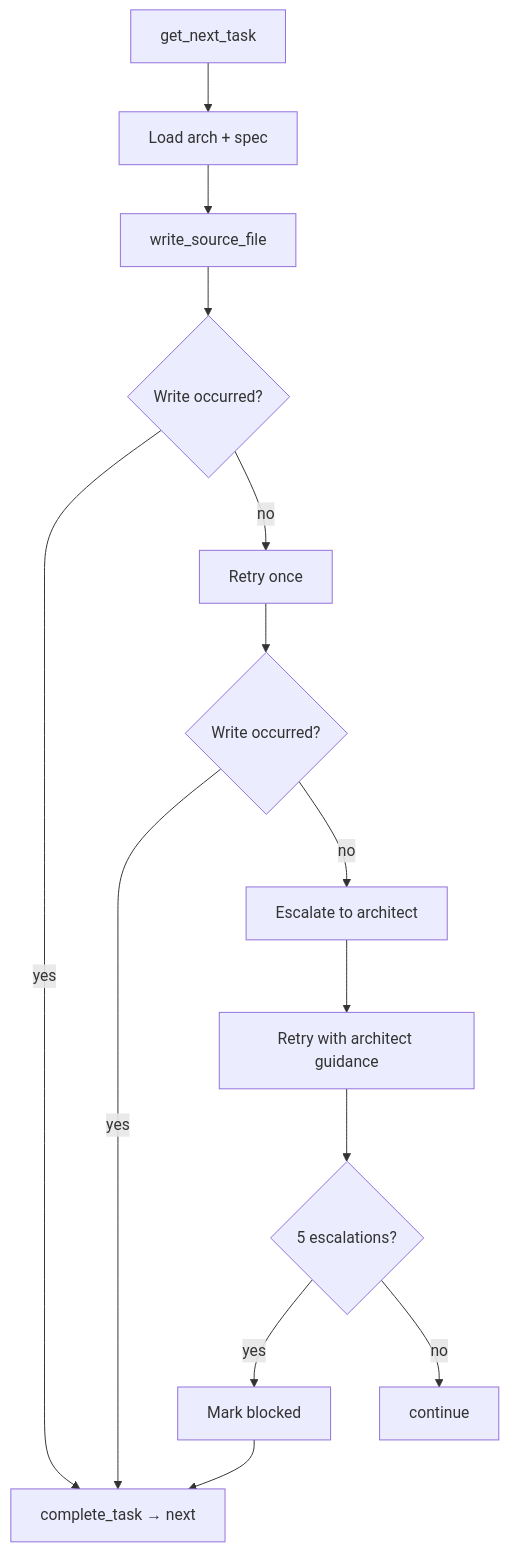
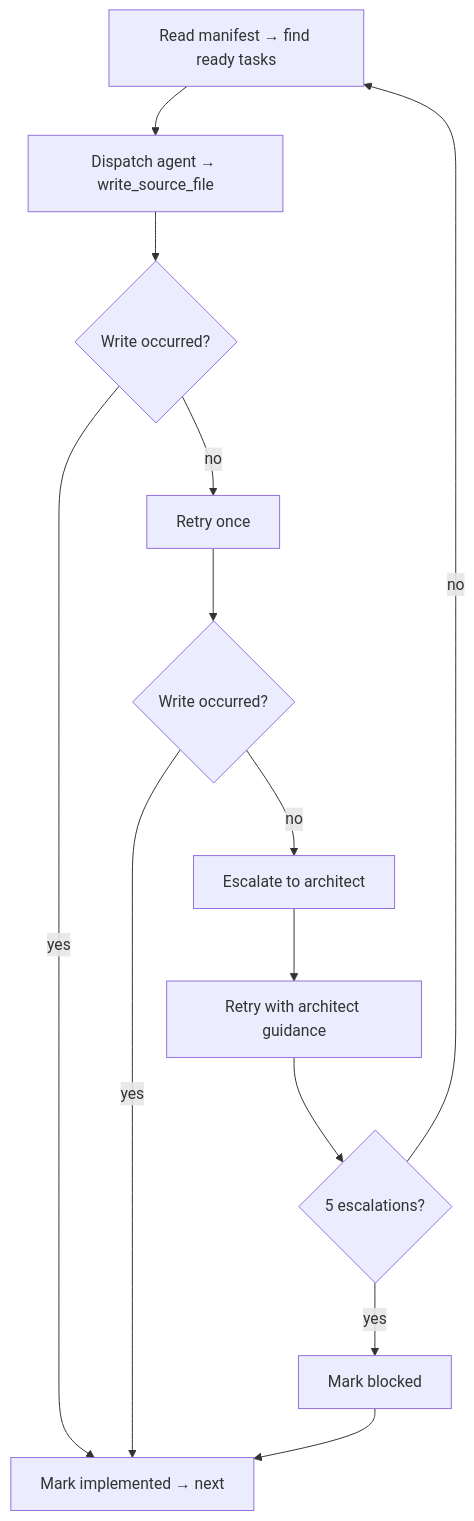
The second of 2 diagrams in README.md (TylerJPresley/voidrift), drawn with Mermaid before and after one commit. The commit also changed other lines of this file and 1 other file, not shown here.

Commit message:
fix: README Develop section — task-level dispatch, model concurrency (TODO #9)
- Rewrote description: manifest-based dispatch, self-contained task files
- Updated flowchart: removed get_next_task/load arch+spec stale nodes
- Concurrency from model's concurrency field, not hardcoded per-type
- Fixed Verify section: TASKS.md/spec → arch/*.md/task files

````diff
--- a/README.md
+++ b/README.md
@@ -165,16 +165,15 @@
 ```mermaid
 flowchart TD
-    N[get_next_task] --> L[Load arch + spec]
-    L --> W[write_source_file]
+    N[Read manifest → find ready tasks] --> W[Dispatch agent → write_source_file]
     W --> C{Write occurred?}
-    C -- yes --> K[complete_task → next]
+    C -- yes --> K[Mark implemented → next]
     C -- no --> R[Retry once]
     R --> E{Write occurred?}
     E -- yes --> K
     E -- no --> ESC[Escalate to architect]
     ESC --> W2[Retry with architect guidance]
     W2 --> B{5 escalations?}
     B -- yes --> BLK[Mark blocked]
     BLK --> K
-    B -- no --> N2[continue]
+    B -- no --> N
 ```
````
